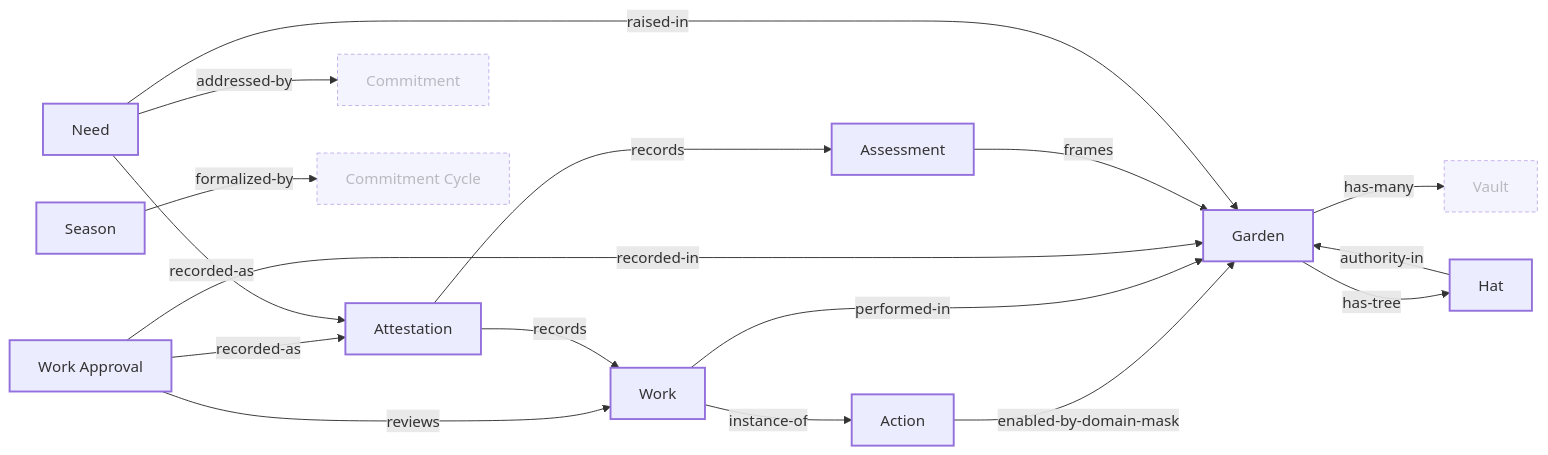
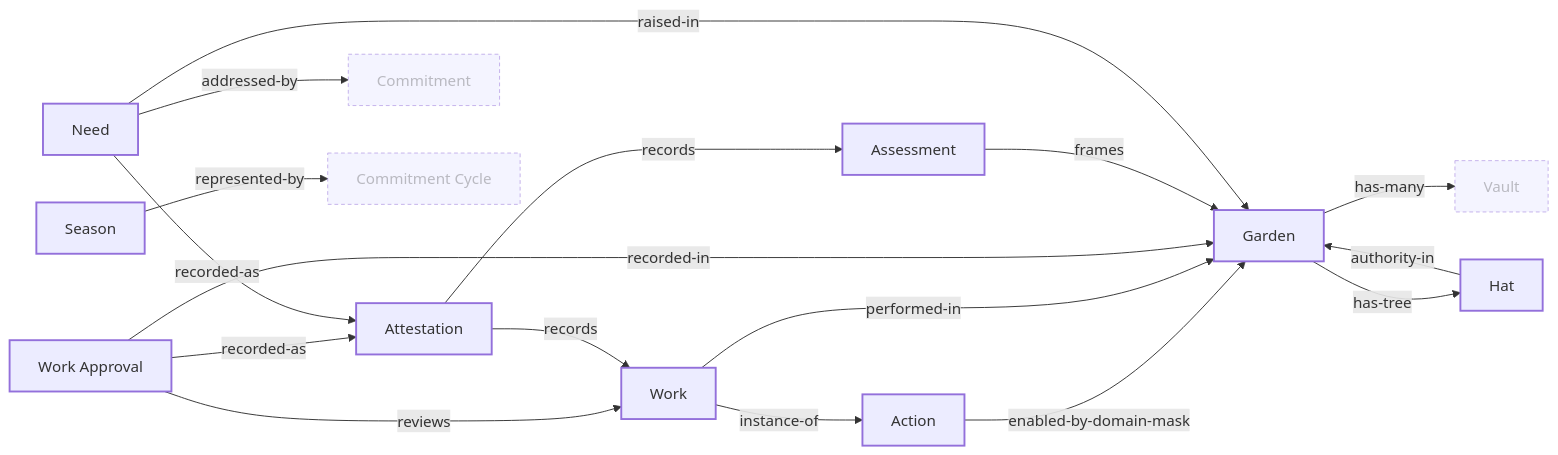
The first of 8 diagrams in docs/docs/builders/architecture/data-model.mdx (greenpill-dev-guild/green-goods), drawn with Mermaid before and after one commit. The commit also changed other lines of this file and 10 other files, not shown here.

First line of the commit message:
fix(shared,docs): define a garden's season as its pool's Season cycle

````diff
--- a/docs/docs/builders/architecture/data-model.mdx
+++ b/docs/docs/builders/architecture/data-model.mdx
@@ -31,33 +31,33 @@
 ```mermaid
 flowchart LR
   garden["Garden"]:::member
   action["Action"]:::member
   work["Work"]:::member
   work_approval["Work Approval"]:::member
   assessment["Assessment"]:::member
   attestation["Attestation"]:::member
   hat["Hat"]:::member
   season["Season"]:::member
   need["Need"]:::member
   commitment["Commitment"]:::context
   commitment_cycle["Commitment Cycle"]:::context
   vault["Vault"]:::context
   garden -->|has-many| vault
   garden -->|has-tree| hat
   action -->|enabled-by-domain-mask| garden
   work -->|instance-of| action
   work -->|performed-in| garden
   work_approval -->|reviews| work
   work_approval -->|recorded-in| garden
   work_approval -->|recorded-as| attestation
   assessment -->|frames| garden
   attestation -->|records| work
   attestation -->|records| assessment
   hat -->|authority-in| garden
-  season -->|formalized-by| commitment_cycle
+  season -->|represented-by| commitment_cycle
   need -->|raised-in| garden
   need -->|addressed-by| commitment
   need -->|recorded-as| attestation
   classDef member stroke-width:2px
   classDef context opacity:0.55,stroke-dasharray:4 3
 ```
````
